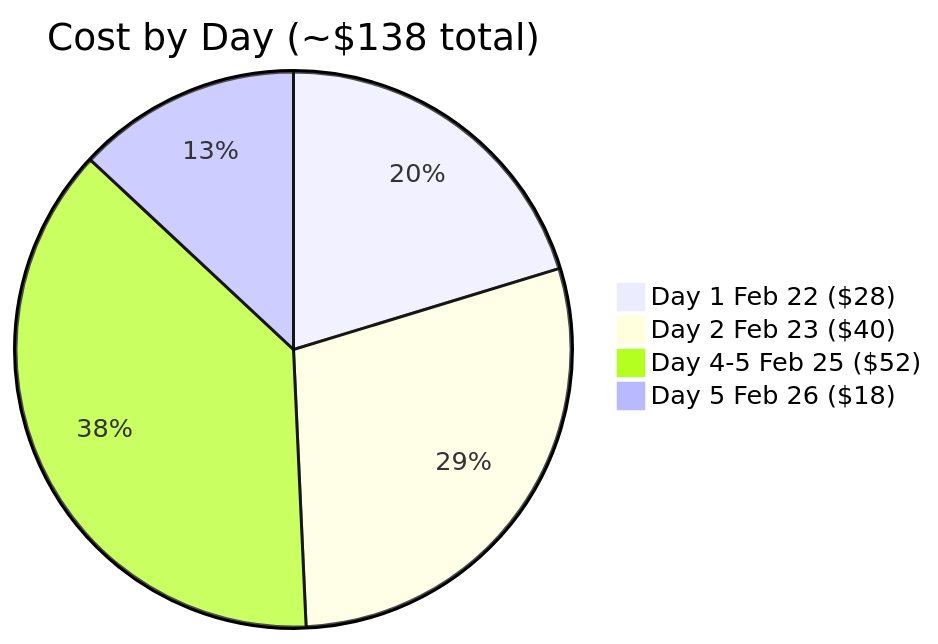
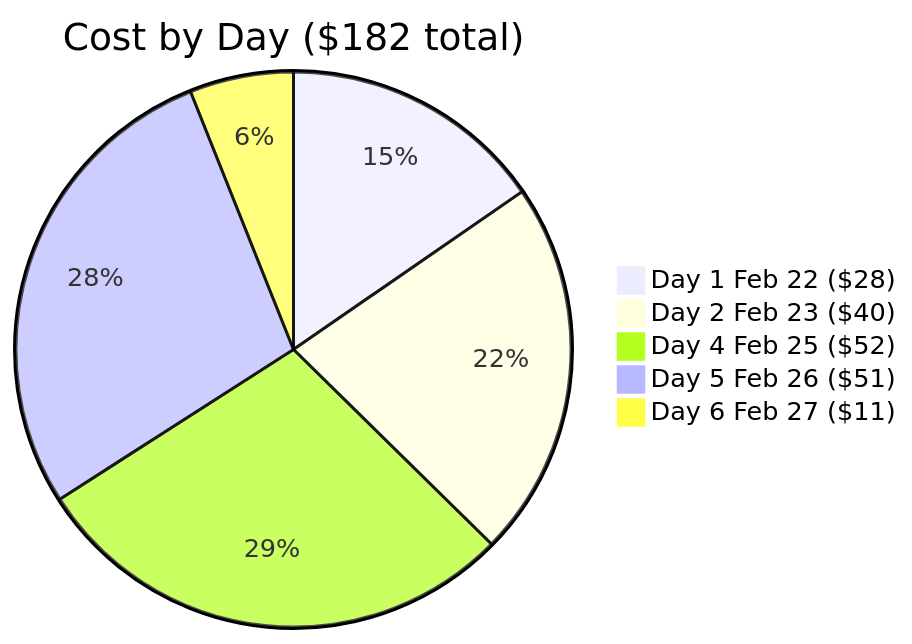
One commit to atlantdak/claude-code-hackathon-xbo-market-kit changed the fourth of 7 diagrams in README.md. Above: the diagram before and after it, drawn with Mermaid. The commit also changed other lines of this file and 2 other files, not shown here.

````diff
--- a/README.md
+++ b/README.md
@@ -123,7 +127,8 @@
 ```mermaid
-pie title Cost by Day (~$138 total)
+pie title Cost by Day ($182 total)
     "Day 1 Feb 22 ($28)" : 28
     "Day 2 Feb 23 ($40)" : 40
-    "Day 4-5 Feb 25 ($52)" : 52
-    "Day 5 Feb 26 ($18)" : 18
+    "Day 4 Feb 25 ($52)" : 52
+    "Day 5 Feb 26 ($51)" : 51
+    "Day 6 Feb 27 ($11)" : 11
 ```
````
